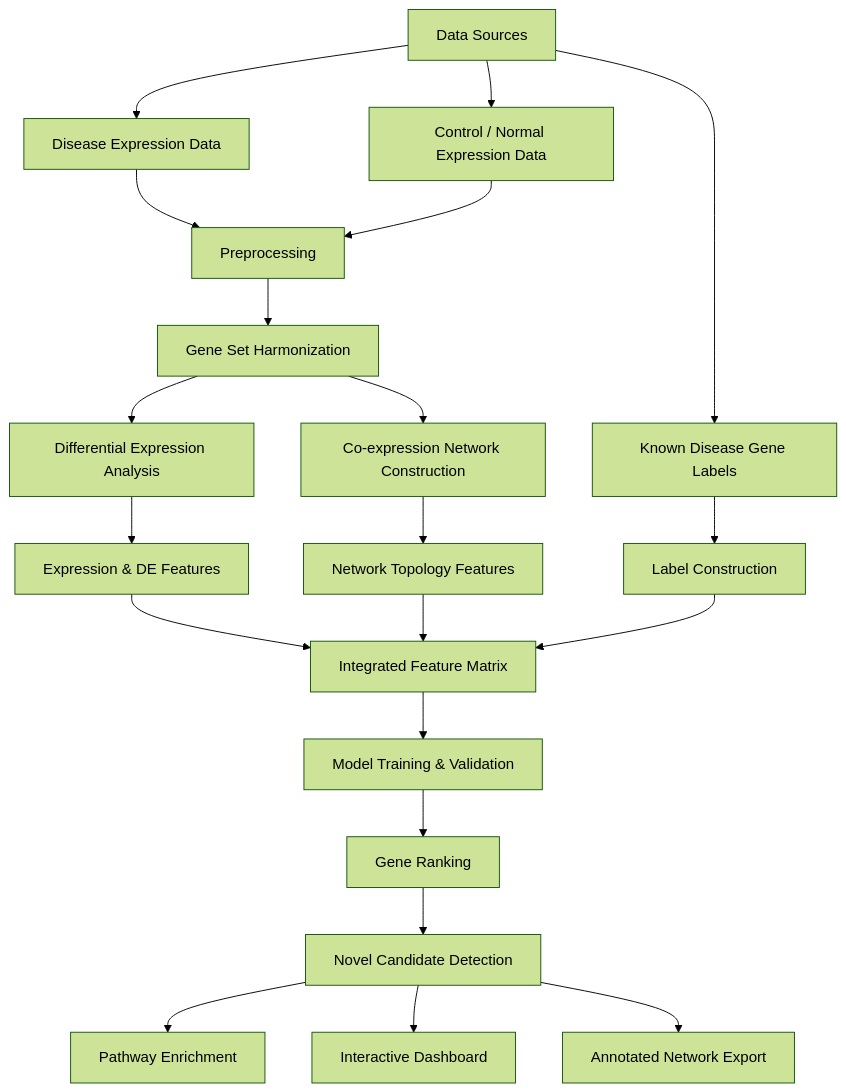
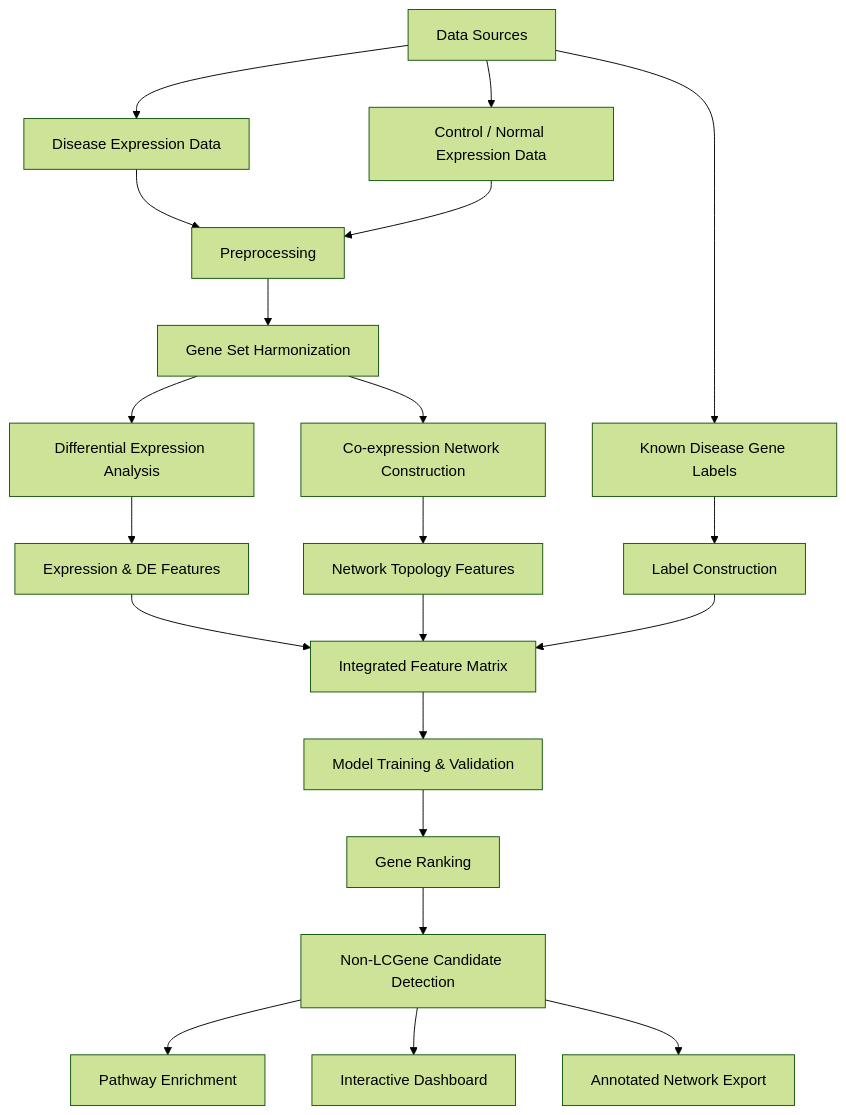
Before and after one commit to omicscodeathon/gloom: the second of 2 diagrams in README.md, drawn with Mermaid (forest theme). The commit also changed other lines of this file and 84 other files, not shown here.

````diff
--- a/README.md
+++ b/README.md
@@ -161,28 +174,28 @@
 ```mermaid
 flowchart TD
     A[Data Sources] --> A1[Disease Expression Data]
     A --> A2[Control / Normal Expression Data]
     A --> A3[Known Disease Gene Labels]
 
     A1 --> B[Preprocessing]
     A2 --> B
     A3 --> C[Label Construction]
 
     B --> D[Gene Set Harmonization]
     D --> E[Differential Expression Analysis]
     D --> F[Co-expression Network Construction]
 
     E --> G[Expression & DE Features]
     F --> H[Network Topology Features]
 
     G --> I[Integrated Feature Matrix]
     H --> I
     C --> I
 
     I --> J[Model Training & Validation]
     J --> K[Gene Ranking]
-    K --> L[Novel Candidate Detection]
+    K --> L[Non-LCGene Candidate Detection]
     L --> M[Pathway Enrichment]
     L --> N[Interactive Dashboard]
     L --> O[Annotated Network Export]
 ```
````
